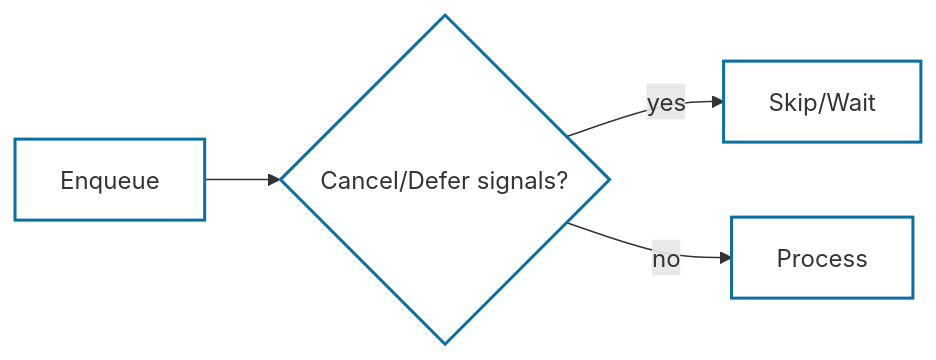
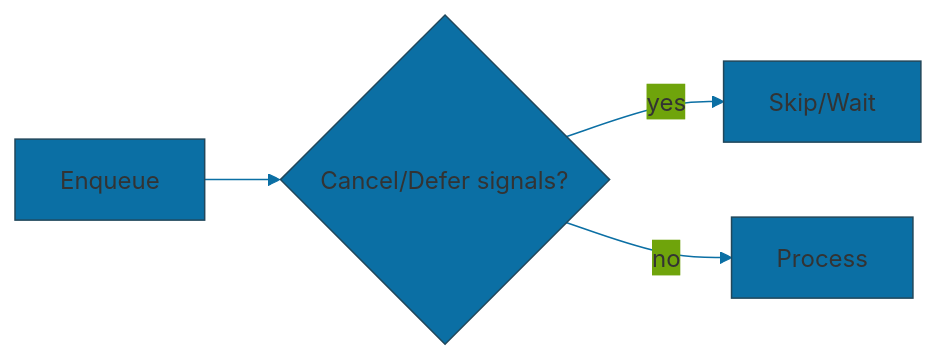
The third of 7 diagrams in Mostlylucid/Helpers/Ephemeral/Atoms/README.md (Shaddix/mostlylucidweb), drawn with Mermaid before and after one commit. The commit also changed other lines of this file and 27 other files, not shown here.

````diff
--- a/Mostlylucid/Helpers/Ephemeral/Atoms/README.md
+++ b/Mostlylucid/Helpers/Ephemeral/Atoms/README.md
@@ -69,8 +67,7 @@
 ```mermaid
+%%{init: {'theme':'base', 'themeVariables': {'primaryColor':'#0b6fa4','lineColor':'#0b6fa4','tertiaryColor':'#ffffff'}}}%%
 flowchart LR
     A[Enqueue] --> B{Cancel/Defer signals?}
     B -- yes --> C[Skip/Wait]
     B -- no --> D[Process]
-    classDef accent stroke:#0b6fa4,fill:none,stroke-width:2px;
-    class A,B,C,D accent;
 ```
````
